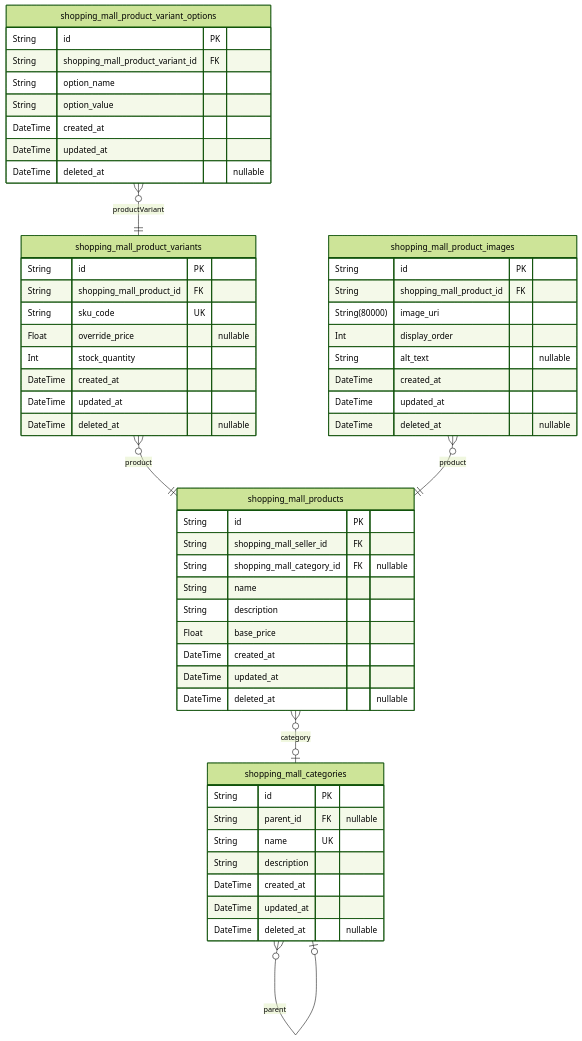
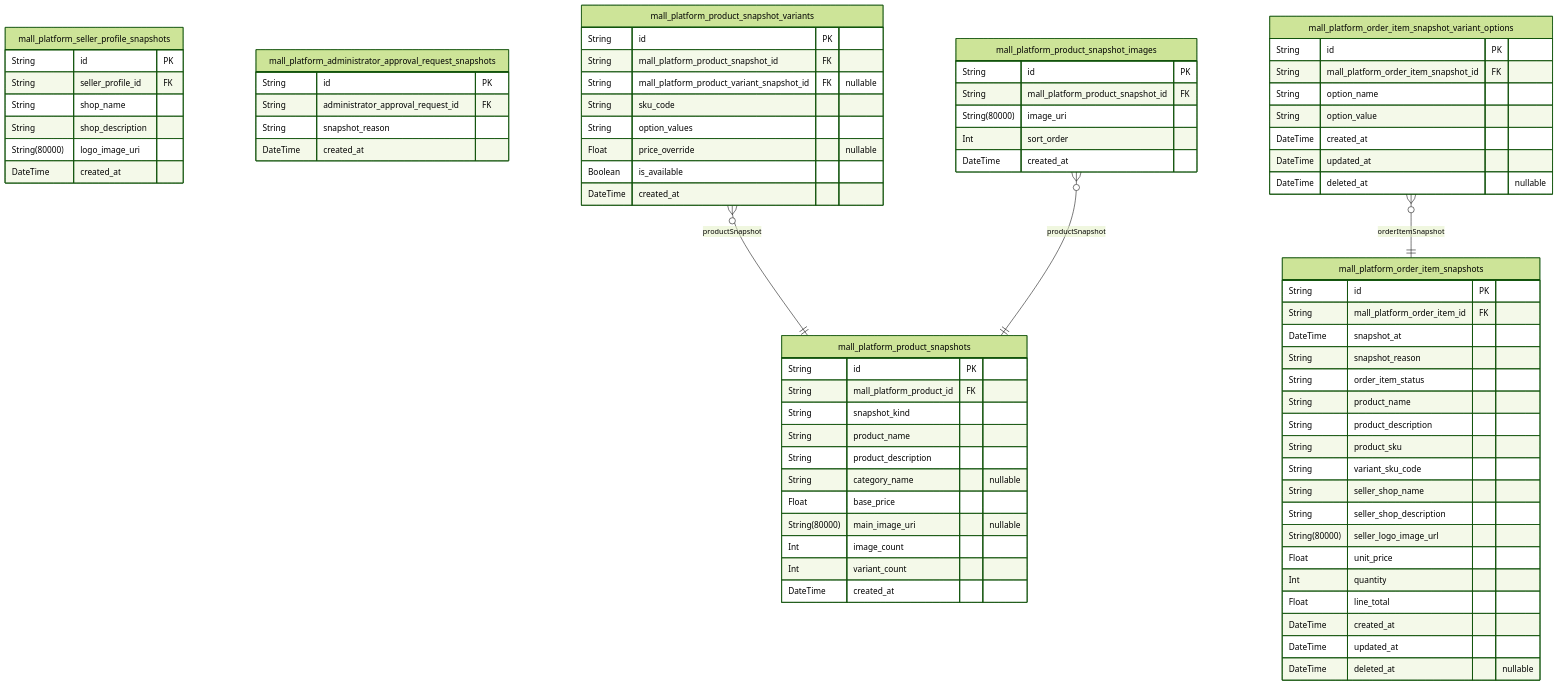
Diagram 14 of 17 in openai/gpt-5.4-mini/shopping/docs/ERD.md (wrtnlabs/autobe-examples), drawn with Mermaid (forest theme) before and after one commit. The commit also changed other lines of this file and 9017 other files, not shown here.

````diff
--- a/openai/gpt-5.4-mini/shopping/docs/ERD.md
+++ b/openai/gpt-5.4-mini/shopping/docs/ERD.md
@@ -1603,57 +1326,79 @@
 ```mermaid
 erDiagram
-"shopping_mall_products" {
+"mall_platform_product_snapshots" {
   String id PK
-  String shopping_mall_seller_id FK
-  String shopping_mall_category_id FK "nullable"
-  String name
-  String description
+  String mall_platform_product_id FK
+  String snapshot_kind
+  String product_name
+  String product_description
+  String category_name "nullable"
   Float base_price
+  String(80000) main_image_uri "nullable"
+  Int image_count
+  Int variant_count
+  DateTime created_at
+}
+"mall_platform_seller_profile_snapshots" {
+  String id PK
+  String seller_profile_id FK
+  String shop_name
+  String shop_description
+  String(80000) logo_image_uri
+  DateTime created_at
+}
+"mall_platform_order_item_snapshots" {
+  String id PK
+  String mall_platform_order_item_id FK
+  DateTime snapshot_at
+  String snapshot_reason
+  String order_item_status
+  String product_name
+  String product_description
+  String product_sku
+  String variant_sku_code
+  String seller_shop_name
+  String seller_shop_description
+  String(80000) seller_logo_image_url
+  Float unit_price
+  Int quantity
+  Float line_total
   DateTime created_at
   DateTime updated_at
   DateTime deleted_at "nullable"
 }
-"shopping_mall_product_variants" {
+"mall_platform_administrator_approval_request_snapshots" {
   String id PK
-  String shopping_mall_product_id FK
-  String sku_code UK
-  Float override_price "nullable"
-  Int stock_quantity
+  String administrator_approval_request_id FK
+  String snapshot_reason
   DateTime created_at
-  DateTime updated_at
-  DateTime deleted_at "nullable"
 }
-"shopping_mall_product_images" {
+"mall_platform_product_snapshot_variants" {
   String id PK
-  String shopping_mall_product_id FK
+  String mall_platform_product_snapshot_id FK
+  String mall_platform_product_variant_snapshot_id FK "nullable"
+  String sku_code
+  String option_values
+  Float price_override "nullable"
+  Boolean is_available
+  DateTime created_at
+}
+"mall_platform_product_snapshot_images" {
+  String id PK
+  String mall_platform_product_snapshot_id FK
   String(80000) image_uri
-  Int display_order
-  String alt_text "nullable"
+  Int sort_order
   DateTime created_at
-  DateTime updated_at
-  DateTime deleted_at "nullable"
 }
-"shopping_mall_categories" {
+"mall_platform_order_item_snapshot_variant_options" {
   String id PK
-  String parent_id FK "nullable"
-  String name UK
-  String description
-  DateTime created_at
-  DateTime updated_at
-  DateTime deleted_at "nullable"
-}
-"shopping_mall_product_variant_options" {
-  String id PK
-  String shopping_mall_product_variant_id FK
+  String mall_platform_order_item_snapshot_id FK
   String option_name
   String option_value
   DateTime created_at
   DateTime updated_at
   DateTime deleted_at "nullable"
 }
-"shopping_mall_products" }o--o| "shopping_mall_categories" : category
-"shopping_mall_product_variants" }o--|| "shopping_mall_products" : product
-"shopping_mall_product_images" }o--|| "shopping_mall_products" : product
-"shopping_mall_categories" }o--o| "shopping_mall_categories" : parent
-"shopping_mall_product_variant_options" }o--|| "shopping_mall_product_variants" : productVariant
+"mall_platform_product_snapshot_variants" }o--|| "mall_platform_product_snapshots" : productSnapshot
+"mall_platform_product_snapshot_images" }o--|| "mall_platform_product_snapshots" : productSnapshot
+"mall_platform_order_item_snapshot_variant_options" }o--|| "mall_platform_order_item_snapshots" : orderItemSnapshot
 ```
````
